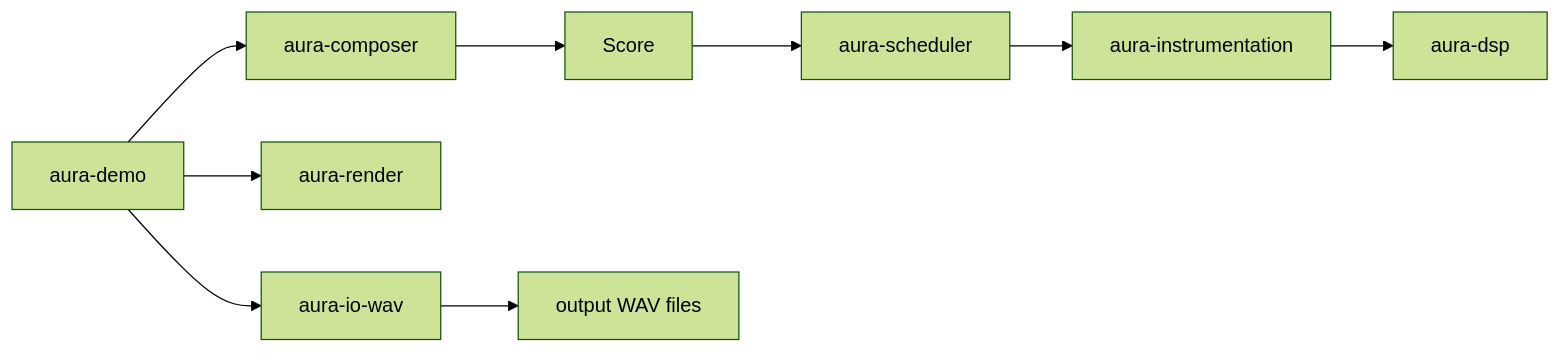
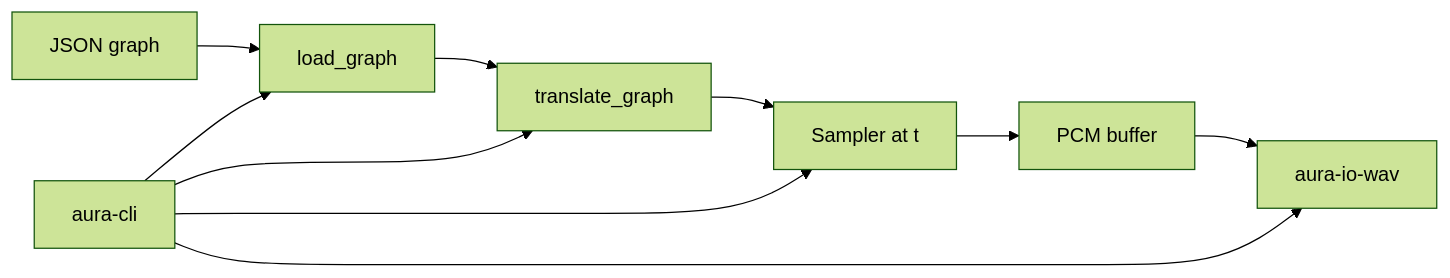
The diagram in docs/design/architecture.md (silentorb/aura), drawn with Mermaid (forest theme) before and after one commit. The commit also changed other lines of this file and 40 other files, not shown here.

First line of the commit message:
Replace FunDSP with pure Time→Sample aura-dsp and a custom Imp graph sampler, plus graph-driven CLI and JSON demos.

````diff
--- a/docs/design/architecture.md
+++ b/docs/design/architecture.md
@@ -44,11 +45,12 @@
 ```mermaid
 flowchart LR
-  demo[aura-demo] --> composer[aura-composer]
-  composer --> score[Score]
-  score --> scheduler[aura-scheduler]
-  scheduler --> instrumentation[aura-instrumentation]
-  instrumentation --> dsp[aura-dsp]
-  demo --> render[aura-render]
-  demo --> wav[aura-io-wav]
-  wav --> files[output WAV files]
+  json[JSON graph] --> load[load_graph]
+  load --> translate[translate_graph]
+  translate --> sampler[Sampler at t]
+  sampler --> pcm[PCM buffer]
+  pcm --> wav[aura-io-wav]
+  cli[aura-cli] --> load
+  cli --> translate
+  cli --> sampler
+  cli --> wav
 ```
````
